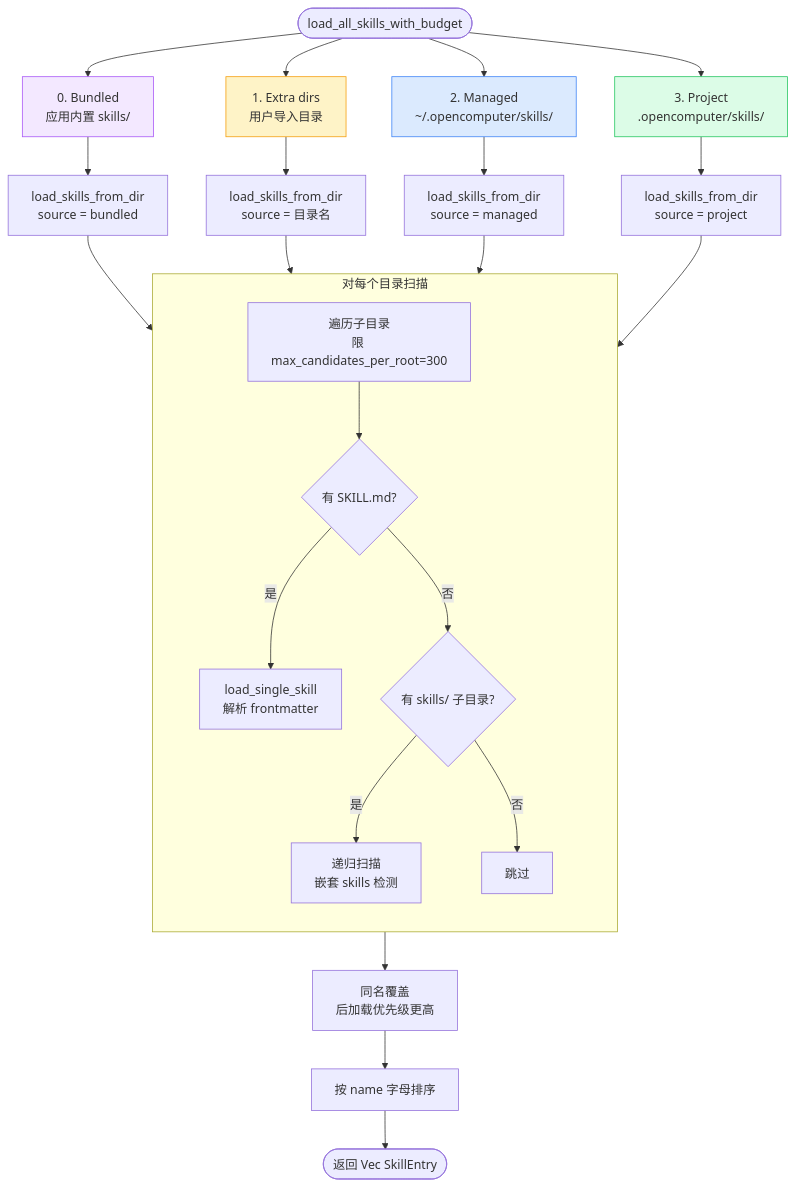
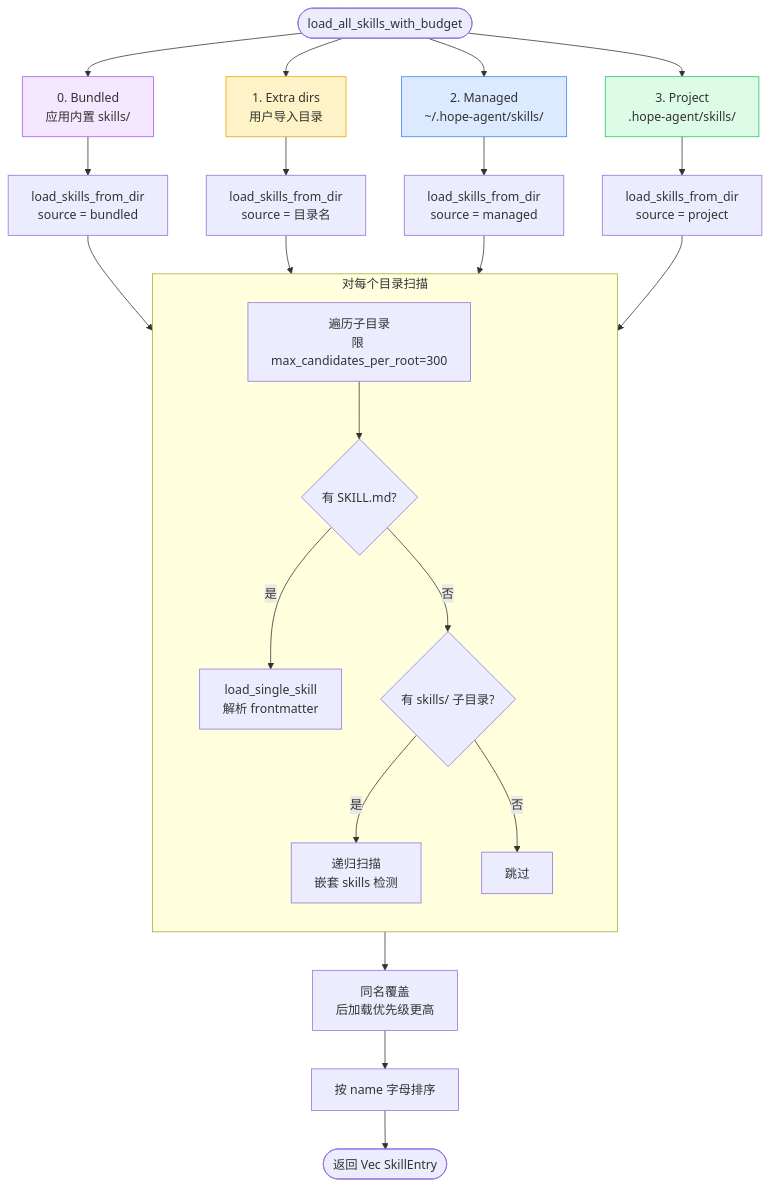
The third of 18 diagrams in docs/architecture/skill-system.md (shiwenwen/hope-agent), drawn with Mermaid before and after one commit. The commit also changed other lines of this file and 727 other files, not shown here.

First line of the commit message:
chore(rename): OpenComputer → Hope Agent（随 0.1.0 首发一把切换）

````diff
--- a/docs/architecture/skill-system.md
+++ b/docs/architecture/skill-system.md
@@ -311,32 +311,32 @@
 ```mermaid
 flowchart TD
     START([load_all_skills_with_budget]) --> B["0. Bundled<br/>应用内置 skills/"]
     START --> E["1. Extra dirs<br/>用户导入目录"]
-    START --> M["2. Managed<br/>~/.opencomputer/skills/"]
-    START --> P["3. Project<br/>.opencomputer/skills/"]
+    START --> M["2. Managed<br/>~/.hope-agent/skills/"]
+    START --> P["3. Project<br/>.hope-agent/skills/"]
 
     B --> LOAD_B["load_skills_from_dir<br/>source = bundled"]
     E --> LOAD_E["load_skills_from_dir<br/>source = 目录名"]
     M --> LOAD_M["load_skills_from_dir<br/>source = managed"]
     P --> LOAD_P["load_skills_from_dir<br/>source = project"]
 
     LOAD_B & LOAD_E & LOAD_M & LOAD_P --> SCAN
 
     subgraph SCAN["对每个目录扫描"]
         direction TB
         DIR["遍历子目录<br/>限 max_candidates_per_root=300"] --> HAS{"有 SKILL.md?"}
         HAS -->|是| PARSE["load_single_skill<br/>解析 frontmatter"]
         HAS -->|否| NESTED{"有 skills/ 子目录?"}
         NESTED -->|是| RECURSE["递归扫描<br/>嵌套 skills 检测"]
         NESTED -->|否| SKIP["跳过"]
     end
 
     SCAN --> DEDUP["同名覆盖<br/>后加载优先级更高"]
     DEDUP --> SORT["按 name 字母排序"]
     SORT --> RESULT(["返回 Vec SkillEntry"])
 
     style B fill:#f3e8ff,stroke:#a855f7
     style E fill:#fef3c7,stroke:#f59e0b
     style M fill:#dbeafe,stroke:#3b82f6
     style P fill:#dcfce7,stroke:#22c55e
 ```
````
